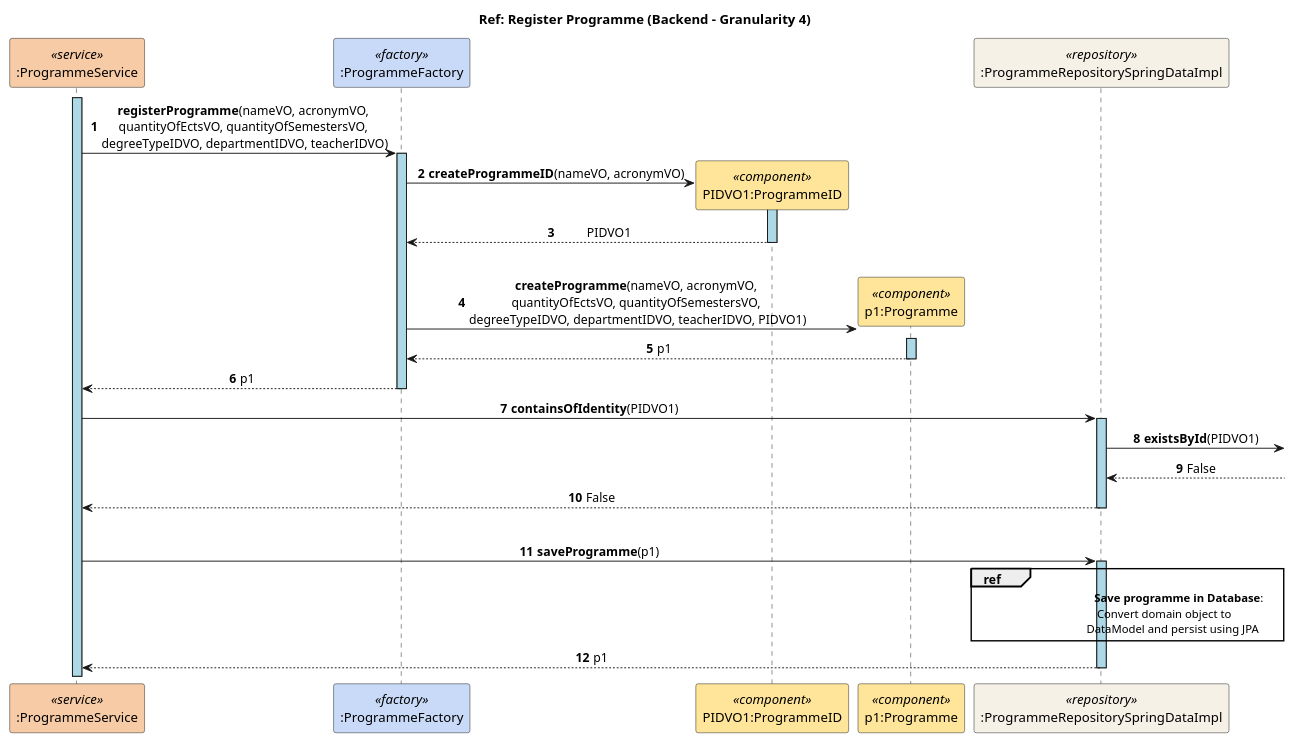
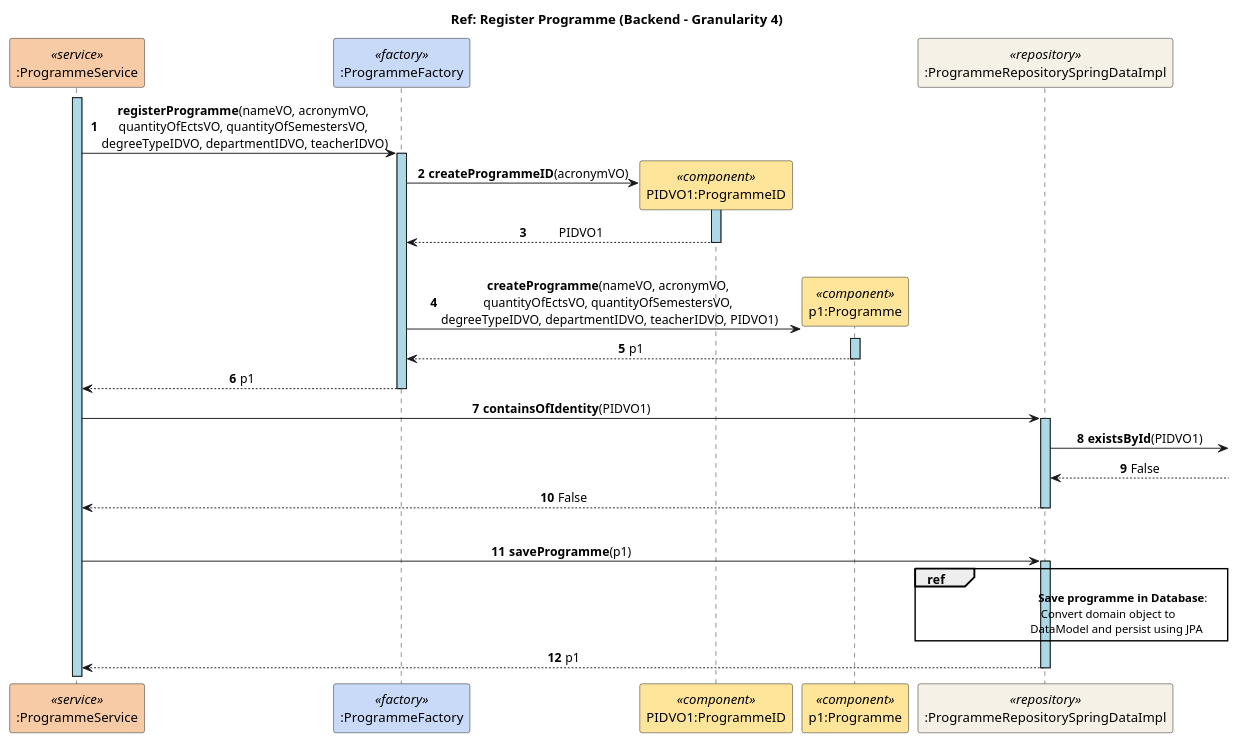
The diagram in docs/US27/Sprint6/SceneryView/Level4/Level4_Backend_Ref_RegisterProgramme.puml (GasparISEP/DevOps-PAI), drawn with PlantUML before and after one commit. The commit also changed 1 other file, not shown here.

Commit message:
Refactored US27 and US31 level 4 sceneryView diagrams to change programmeID to have only a programme acronym. (Ref #679)

```diff
--- a/docs/US27/Sprint6/SceneryView/Level4/Level4_Backend_Ref_RegisterProgramme.puml
+++ b/docs/US27/Sprint6/SceneryView/Level4/Level4_Backend_Ref_RegisterProgramme.puml
@@ -1,40 +1,40 @@
 @startuml
 title Ref: Register Programme (Backend - Granularity 4)
 skinparam sequenceLifeLineBackgroundColor lightblue
 skinparam sequenceMessageAlign center
 autonumber
 
 participant ":ProgrammeService" as ProgrammeService <<service>> #F6CBA5
 participant ":ProgrammeFactory" as ProgrammeFactory <<factory>> #C9DAF8
 participant "PIDVO1:ProgrammeID" as ProgrammeID <<component>> #FFE599
 participant "p1:Programme" as Programme <<component>> #FFE599
 participant ":ProgrammeRepositorySpringDataImpl" as ProgrammeRepository <<repository>> #F6F1E7
 
 activate ProgrammeService
 ProgrammeService -> ProgrammeFactory ++: **registerProgramme**(nameVO, acronymVO, \nquantityOfEctsVO, quantityOfSemestersVO, \ndegreeTypeIDVO, departmentIDVO, teacherIDVO)
 
-ProgrammeFactory -> ProgrammeID **: **createProgrammeID**(nameVO, acronymVO)
+ProgrammeFactory -> ProgrammeID **: **createProgrammeID**(acronymVO)
 activate ProgrammeID
 ProgrammeID --> ProgrammeFactory --: \t PIDVO1
 |||
 ProgrammeFactory -> Programme **: **createProgramme**(nameVO, acronymVO, \nquantityOfEctsVO, quantityOfSemestersVO, \ndegreeTypeIDVO, departmentIDVO, teacherIDVO, PIDVO1)
 activate Programme
 
 Programme --> ProgrammeFactory --: p1
 ProgrammeFactory --> ProgrammeService --: p1
 
 ProgrammeService -> ProgrammeRepository++: **containsOfIdentity**(PIDVO1)
 ProgrammeRepository -> : **existsById**(PIDVO1)
 ProgrammeRepository <-- : False
 ProgrammeRepository --> ProgrammeService-- : False
 |||
 ProgrammeService -> ProgrammeRepository ++: **saveProgramme**(p1)
 
 ref over ProgrammeRepository
        \t\t\t\t   **Save programme in Database**:
     \t \t \t Convert domain object to
     \t\t\t\t      DataModel and persist using JPA\t
 end ref
 
 ProgrammeRepository --> ProgrammeService --: p1
 @enduml
```
